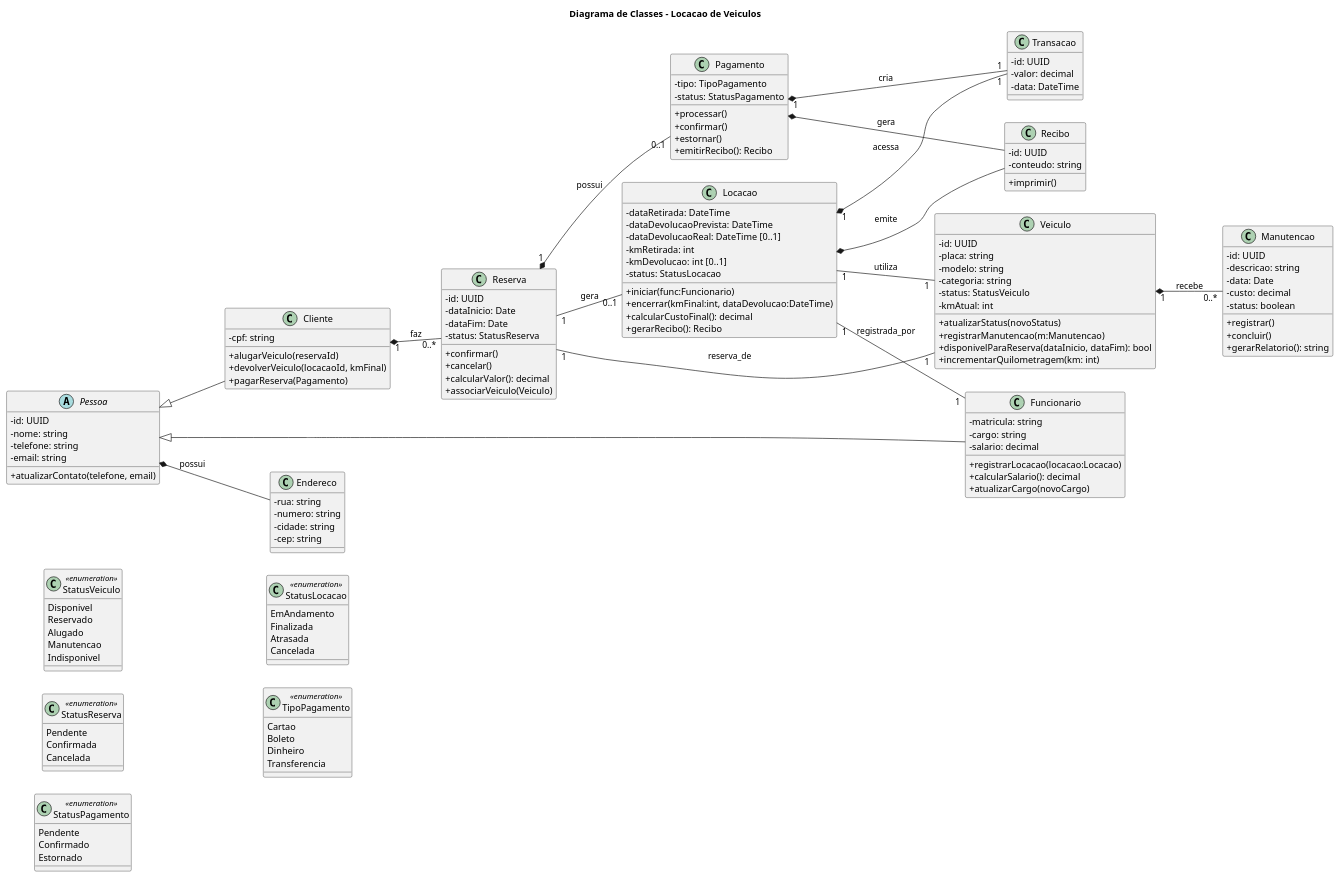
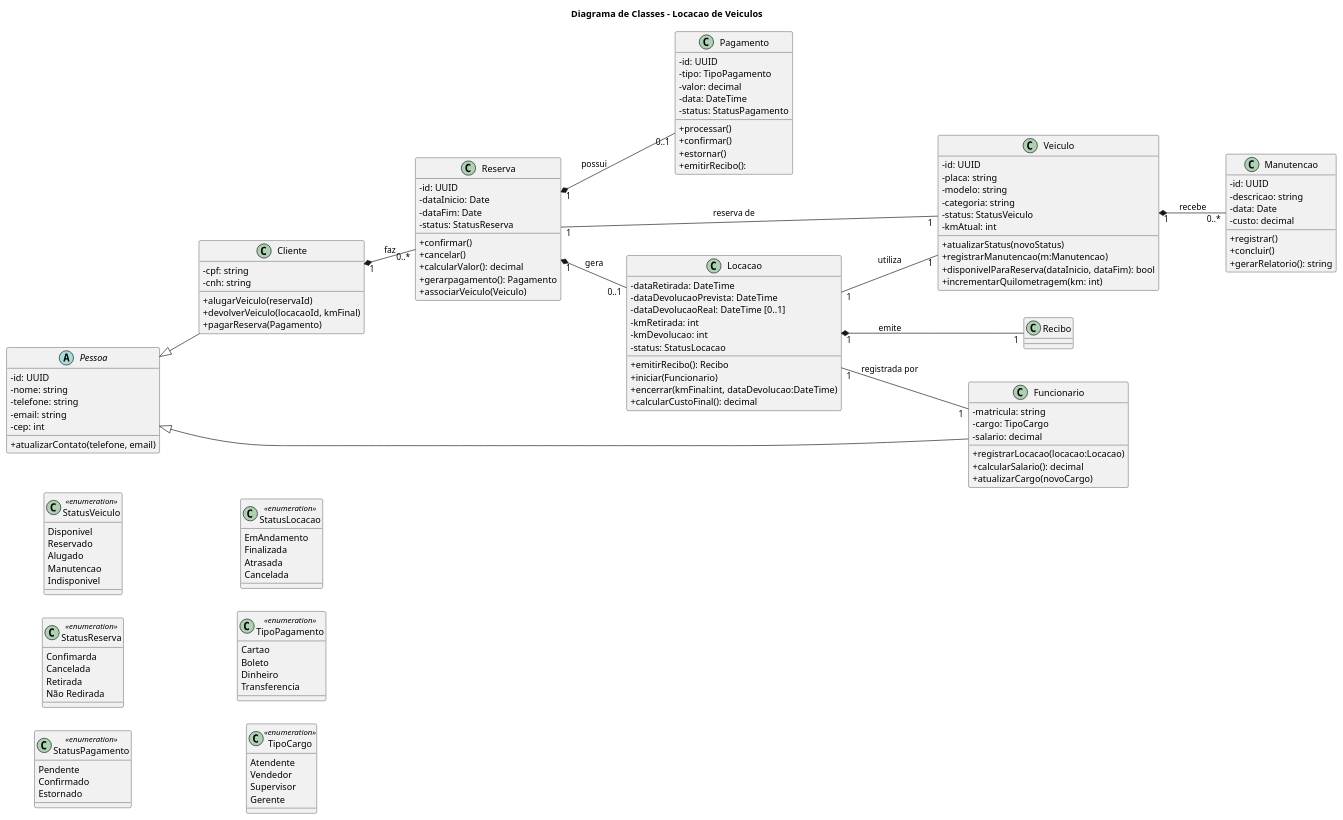
The diagram in docs/Locacao.plantuml (sinval-jr/ufg_locadora), drawn with PlantUML before and after one commit.

Commit message:
Update Locacao.plantuml
Removida classe Endereço
Adicionado cep a Classe Peassoas

```diff
--- a/docs/Locacao.plantuml
+++ b/docs/Locacao.plantuml
@@ -1,183 +1,174 @@
-@startuml
+@startuml Diagrama de Classes - Locacao de Veiculos
 title Diagrama de Classes - Locacao de Veiculos
 
 '========================
 'FORMATAÇÃO
 '========================
 'Se quiser que ela vá da esquerda pra direita na imagem final só tirar os ' '
 left to right direction
 'Pra ficar com + e - na imagem ao invés de quadrados'
 skinparam classAttributeIconSize 0 
 
 '========================
 ' ENUMS
 '========================
 
 class StatusVeiculo <<enumeration>> {
   Disponivel
   Reservado
   Alugado
   Manutencao
   Indisponivel
 }
 
 class StatusReserva <<enumeration>> {
-  Pendente
-  Confirmada
+  Confimarda
   Cancelada
+  Retirada 
+  Não Redirada
 }
 
 class StatusPagamento <<enumeration>> {
   Pendente
   Confirmado
   Estornado
 }
 
 class StatusLocacao <<enumeration>> {
   EmAndamento
   Finalizada
   Atrasada
   Cancelada
 }
 
 class TipoPagamento <<enumeration>> {
   Cartao
   Boleto
   Dinheiro
   Transferencia
 }
 
+class TipoCargo <<enumeration>> {
+  Atendente
+  Vendedor
+  Supervisor
+  Gerente
+}
+
 '========================
 ' SUPERCLASSES
 '========================
 abstract class Pessoa {
   - id: UUID
   - nome: string
   - telefone: string
   - email: string
+  - cep: int
   + atualizarContato(telefone, email)
 }
 
 '========================
 ' CLASSES
 '========================
 class Cliente {
   - cpf: string
+  - cnh: string
   + alugarVeiculo(reservaId)
   + devolverVeiculo(locacaoId, kmFinal)
   + pagarReserva(Pagamento)
 }
 
 class Funcionario {
   - matricula: string
-  - cargo: string
+  - cargo: TipoCargo
   - salario: decimal
   + registrarLocacao(locacao:Locacao)
   + calcularSalario(): decimal
   + atualizarCargo(novoCargo)
 }
 
 class Veiculo {
   - id: UUID
   - placa: string
   - modelo: string
   - categoria: string
   - status: StatusVeiculo
   - kmAtual: int
   + atualizarStatus(novoStatus)
   + registrarManutencao(m:Manutencao)
   + disponivelParaReserva(dataInicio, dataFim): bool
   + incrementarQuilometragem(km: int)
 }
 
 class Reserva {
   - id: UUID
   - dataInicio: Date
   - dataFim: Date
   - status: StatusReserva
   + confirmar()
   + cancelar()
   + calcularValor(): decimal
+  + gerarpagamento(): Pagamento
   + associarVeiculo(Veiculo)
 }
 
 class Locacao {
   - dataRetirada: DateTime
   - dataDevolucaoPrevista: DateTime
   - dataDevolucaoReal: DateTime [0..1]
   - kmRetirada: int
-  - kmDevolucao: int [0..1]
+  - kmDevolucao: int 
   - status: StatusLocacao
-  + iniciar(func:Funcionario)
+  + emitirRecibo(): Recibo
+  + iniciar(Funcionario)
   + encerrar(kmFinal:int, dataDevolucao:DateTime)
   + calcularCustoFinal(): decimal
-  + gerarRecibo(): Recibo
 }
 
 class Pagamento {
+  - id: UUID
   - tipo: TipoPagamento
+  - valor: decimal
+  - data: DateTime
   - status: StatusPagamento
   + processar()
   + confirmar()
   + estornar()
-  + emitirRecibo(): Recibo
-}
-
-class Transacao {
-  - id: UUID
-  - valor: decimal
-  - data: DateTime
+  + emitirRecibo():
 }
 
 class Manutencao {
   - id: UUID
   - descricao: string
   - data: Date
   - custo: decimal
-  - status: boolean
   + registrar()
   + concluir()
   + gerarRelatorio(): string
-}
-
-class Endereco {
-  - rua: string
-  - numero: string
-  - cidade: string
-  - cep: string
-}
-
-class Recibo {
-  - id: UUID
-  - conteudo: string
-  + imprimir()
 }
 
 '========================
 ' HERANÇAS
 '========================
 Pessoa <|-- Cliente
 Pessoa <|-- Funcionario
 
 '========================
 ' COMPOSIÇÕES
 '========================
-Pessoa *-- Endereco : possui
 Cliente "1" *-- "0..*" Reserva : faz
-Locacao *-- Recibo : emite 
-Pagamento *-- Recibo : gera
 Reserva "1" *-- "0..1" Pagamento : possui
+Reserva "1" *-- "0..1" Locacao : gera
 Veiculo "1" *-- "0..*" Manutencao : recebe 
-Pagamento "1" *-- "1" Transacao : cria
-Locacao "1" *-- "1" Transacao : acessa
+Locacao "1" *-- "1" Recibo: emite
+
 
 '========================
 ' ASSOCIAÇÕES
 '========================
-Reserva "1" -- "1" Veiculo : reserva_de
-Reserva "1" -- "0..1" Locacao : gera
-Locacao "1" -- "1" Funcionario : registrada_por
+Reserva "1" -- "1" Veiculo : reserva de
+Locacao "1" -- "1" Funcionario : registrada por
 Locacao "1" -- "1" Veiculo : utiliza
 
 'ALT + D"
 @enduml
```
